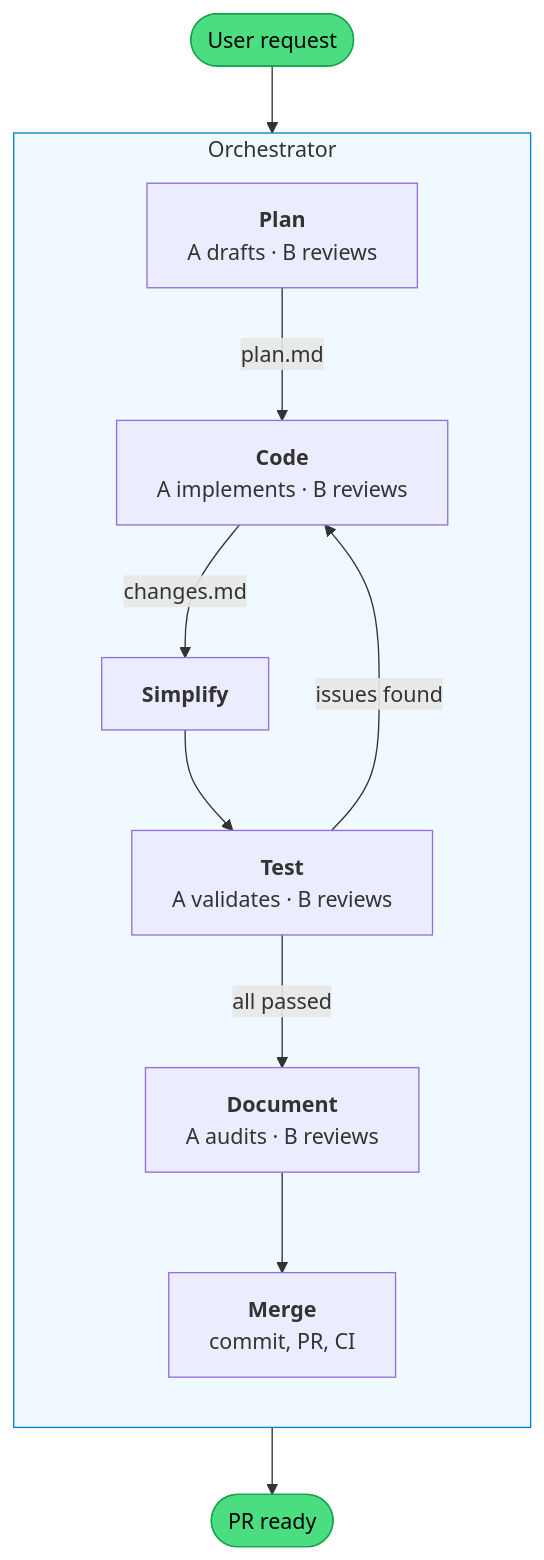
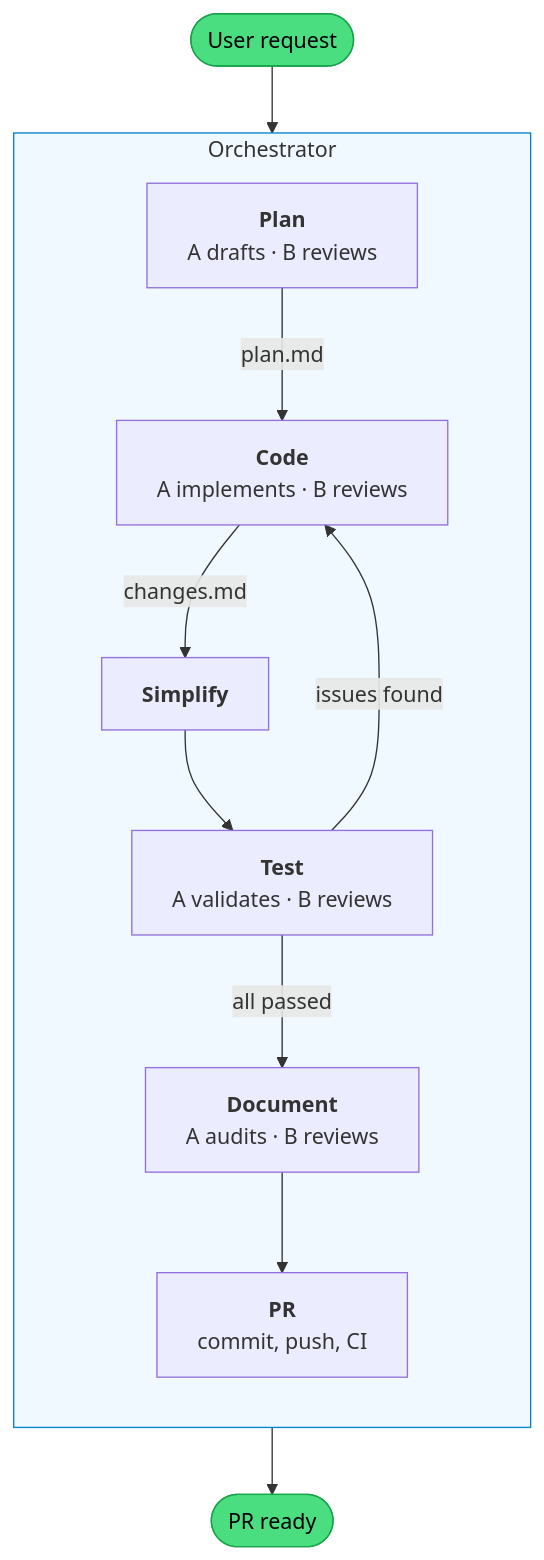
The diagram in README.md (patricklafrance/plantz-claude), drawn with Mermaid before and after one commit. The commit also changed other lines of this file and 12 other files, not shown here.

First line of the commit message:
chore: add ADLC patch/revise flows, migrate artifacts to .adlc/, streamline skills

````diff
--- a/README.md
+++ b/README.md
@@ -49,22 +65,22 @@
 ```mermaid
 flowchart TD
     Start([User request]) --> Orch
 
     subgraph Orch["Orchestrator"]
         direction TB
         Plan["<b>Plan</b><br/>A drafts · B reviews"] -- "plan.md" -->
         Code["<b>Code</b><br/>A implements · B reviews"] -- "changes.md" -->
         Simplify["<b>Simplify</b>"] -->
         Test["<b>Test</b><br/>A validates · B reviews"]
         Test -- "issues found" --> Code
         Test -- "all passed" -->
         Document["<b>Document</b><br/>A audits · B reviews"] -->
-        Merge["<b>Merge</b><br/>commit, PR, CI"]
+        PR["<b>PR</b><br/>commit, push, CI"]
     end
 
-    Merge --> Done([PR ready])
+    PR --> Done([PR ready])
 
     style Start fill:#4ade80,stroke:#16a34a,color:#000
     style Done fill:#4ade80,stroke:#16a34a,color:#000
     style Orch fill:#f0f9ff,stroke:#0284c7
 ```
````
